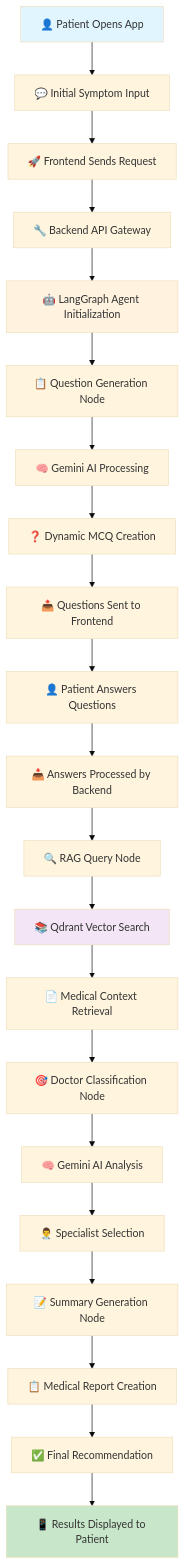
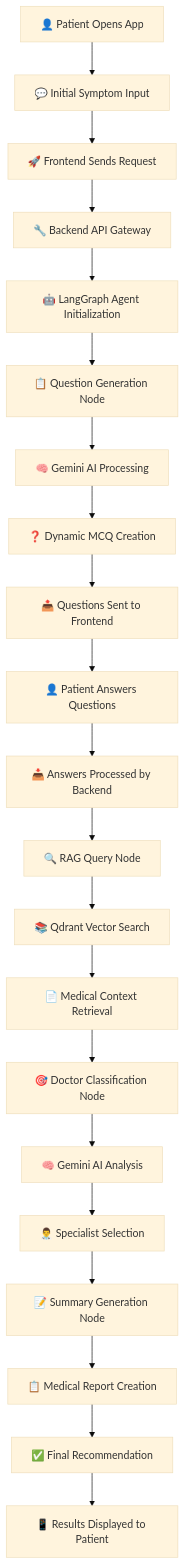
Before and after one commit to syedmozamilshah/HealthVerse: the first of 3 diagrams in README.md, drawn with Mermaid (base theme). The commit also changed other lines of this file, not shown here.

Commit message:
📝 Clean up mermaid diagrams: Remove color styling for simpler look
- Removed all style fills from Application Flow diagram
- Removed all style fills from Technical Architecture diagram
- Kept state diagram clean (no colors were used there)
- Diagrams now have clean, simple appearance while maintaining clarity

````diff
--- a/README.md
+++ b/README.md
@@ -54,32 +54,27 @@
 ```mermaid
 flowchart TD
     A[👤 Patient Opens App] --> B[💬 Initial Symptom Input]
     B --> C[🚀 Frontend Sends Request]
     C --> D[🔧 Backend API Gateway]
     
     D --> E[🤖 LangGraph Agent Initialization]
     E --> F[📋 Question Generation Node]
     F --> G[🧠 Gemini AI Processing]
     G --> H[❓ Dynamic MCQ Creation]
     H --> I[📤 Questions Sent to Frontend]
     
     I --> J[👤 Patient Answers Questions]
     J --> K[📥 Answers Processed by Backend]
     K --> L[🔍 RAG Query Node]
     L --> M[📚 Qdrant Vector Search]
     M --> N[📄 Medical Context Retrieval]
     
     N --> O[🎯 Doctor Classification Node]
     O --> P[🧠 Gemini AI Analysis]
     P --> Q[👨‍⚕️ Specialist Selection]
     
     Q --> R[📝 Summary Generation Node]
     R --> S[📋 Medical Report Creation]
     S --> T[✅ Final Recommendation]
     T --> U[📱 Results Displayed to Patient]
-    
-    style A fill:#e1f5fe
-    style U fill:#c8e6c9
-    style E fill:#fff3e0
-    style M fill:#f3e5f5
 ```
````
